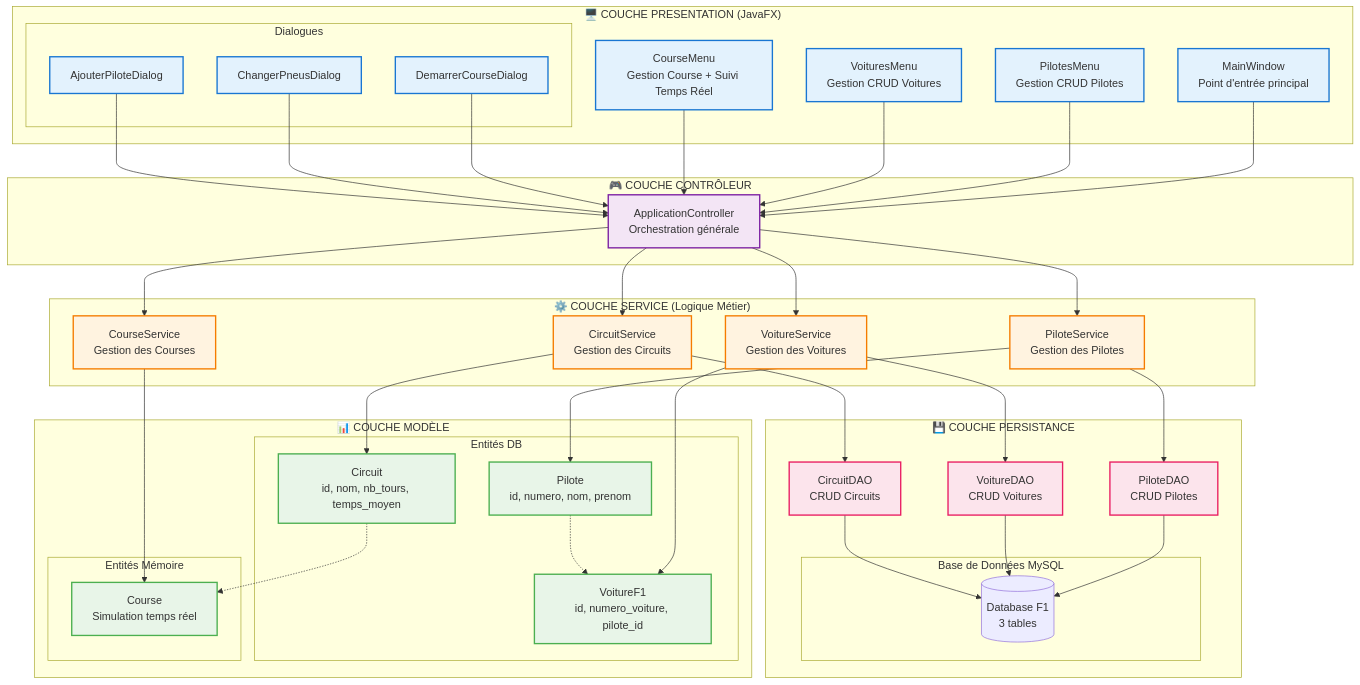
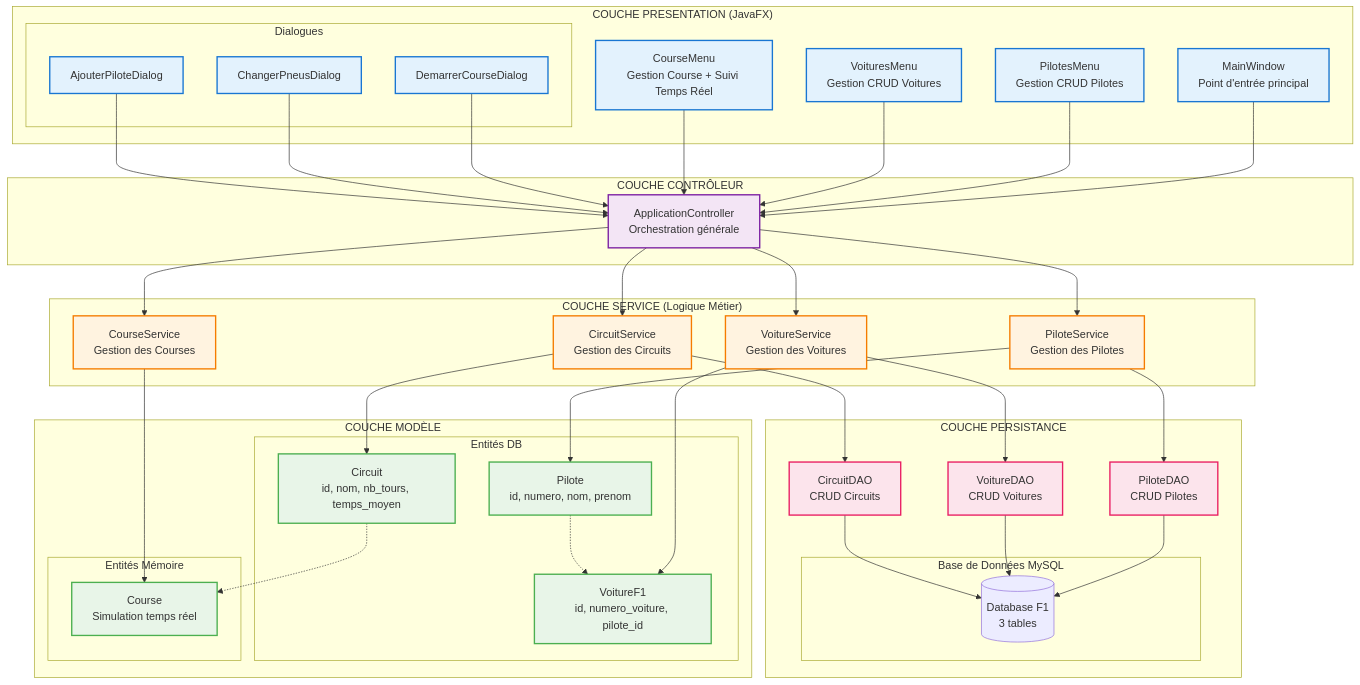
The diagram in mermaid/ArchitectureUI.mmd (EthanRieu/F1ManagerJava), drawn with Mermaid before and after one commit. The commit also changed 31 other files, not shown here.

Commit message:
Ajout des diagrammes de séquence et d'état

```diff
--- a/mermaid/ArchitectureUI.mmd
+++ b/mermaid/ArchitectureUI.mmd
@@ -1,94 +1,93 @@
 flowchart TD
-    %% Architecture en Couches - Gestionnaire F1
     
-    subgraph "🖥️ COUCHE PRESENTATION (JavaFX)"
+    subgraph "COUCHE PRESENTATION (JavaFX)"
         UI1[MainWindow<br/>Point d'entrée principal]
         UI2[PilotesMenu<br/>Gestion CRUD Pilotes]
         UI3[VoituresMenu<br/>Gestion CRUD Voitures]
         UI4[CourseMenu<br/>Gestion Course + Suivi Temps Réel]
         
         subgraph "Dialogues"
             D1[DemarrerCourseDialog]
             D2[ChangerPneusDialog]
             D3[AjouterPiloteDialog]
         end
     end
     
-    subgraph "🎮 COUCHE CONTRÔLEUR"
+    subgraph "COUCHE CONTRÔLEUR"
         CTRL[ApplicationController<br/>Orchestration générale]
     end
     
-    subgraph "⚙️ COUCHE SERVICE (Logique Métier)"
+    subgraph "COUCHE SERVICE (Logique Métier)"
         S1[PiloteService<br/>Gestion des Pilotes]
         S2[VoitureService<br/>Gestion des Voitures]
         S3[CourseService<br/>Gestion des Courses]
         S4[CircuitService<br/>Gestion des Circuits]
     end
     
-    subgraph "📊 COUCHE MODÈLE"
+    subgraph "COUCHE MODÈLE"
         subgraph "Entités DB"
             M1[Pilote<br/>id, numero, nom, prenom]
             M2[VoitureF1<br/>id, numero_voiture, pilote_id]
             M3[Circuit<br/>id, nom, nb_tours, temps_moyen]
         end
         
         subgraph "Entités Mémoire"
             M4[Course<br/>Simulation temps réel]
         end
     end
     
-    subgraph "💾 COUCHE PERSISTANCE"
+    subgraph "COUCHE PERSISTANCE"
         DAO1[PiloteDAO<br/>CRUD Pilotes]
         DAO2[VoitureDAO<br/>CRUD Voitures]
         DAO3[CircuitDAO<br/>CRUD Circuits]
         
         subgraph "Base de Données MySQL"
             DB[(Database F1<br/>3 tables)]
         end
     end
     
     %% Flux de données descendant
     UI1 --> CTRL
     UI2 --> CTRL
     UI3 --> CTRL
     UI4 --> CTRL
     D1 --> CTRL
     D2 --> CTRL
     D3 --> CTRL
     
     CTRL --> S1
     CTRL --> S2
     CTRL --> S3
     CTRL --> S4
     
     S1 --> M1
     S2 --> M2
     S3 --> M4
     S4 --> M3
     
     S1 --> DAO1
     S2 --> DAO2
     S4 --> DAO3
     
     DAO1 --> DB
     DAO2 --> DB
     DAO3 --> DB
     
     %% Relations entre entités
     M1 -.-> M2
     M3 -.-> M4
     
     %% Styles
     classDef presentation fill:#e3f2fd,stroke:#1976d2,stroke-width:2px
     classDef controller fill:#f3e5f5,stroke:#7b1fa2,stroke-width:2px
     classDef service fill:#fff3e0,stroke:#f57c00,stroke-width:2px
     classDef model fill:#e8f5e8,stroke:#4caf50,stroke-width:2px
     classDef dao fill:#fce4ec,stroke:#e91e63,stroke-width:2px
     classDef database fill:#f1f8e9,stroke:#8bc34a,stroke-width:3px
     
     class UI1,UI2,UI3,UI4,D1,D2,D3 presentation
     class CTRL controller
     class S1,S2,S3,S4 service
     class M1,M2,M3,M4 model
     class DAO1,DAO2,DAO3 dao
     class DB db
```
